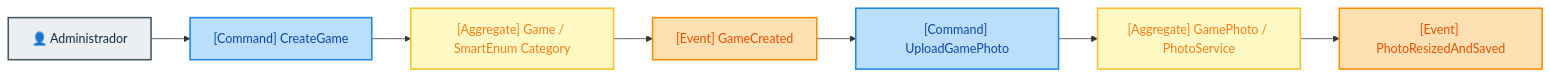
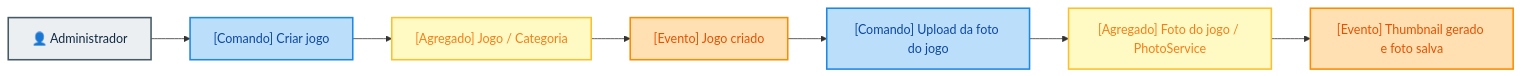
One commit to idgrego/fiap-cloud-games changed the second of 3 diagrams in fase-01/____docs/00-modelagem-ddd-event-storming.md. Above: the diagram before and after it, drawn with Mermaid. The commit also changed other lines of this file and 7 other files, not shown here.

````diff
--- a/fase-01/____docs/00-modelagem-ddd-event-storming.md
+++ b/fase-01/____docs/00-modelagem-ddd-event-storming.md
@@ -74,20 +74,20 @@
 ```mermaid
 flowchart LR
     %% Definição de Cores do Event Storming
     classDef actor fill:#eceff1,stroke:#455a64,color:#102a43,stroke-width:2px;
     classDef command fill:#bbdefb,stroke:#1e88e5,color:#0d47a1,stroke-width:2px;
     classDef aggregate fill:#fff9c4,stroke:#fbc02d,color:#f57f17,stroke-width:2px;
     classDef event fill:#ffe0b2,stroke:#fb8c00,color:#e65100,stroke-width:2px;
 
     %% Atores
     Admin[👤 Administrador]:::actor
 
     %% Fluxo de Cadastro e Mídia de Jogos
-    Admin --> C_CreateGame["[Command] CreateGame"]:::command
-    C_CreateGame --> A_Game["[Aggregate] Game / SmartEnum Category"]:::aggregate
-    A_Game --> E_GameCreated["[Event] GameCreated"]:::event
+    Admin --> C_CreateGame["[Comando] Criar jogo"]:::command
+    C_CreateGame --> A_Game["[Agregado] Jogo / Categoria"]:::aggregate
+    A_Game --> E_GameCreated["[Evento] Jogo criado"]:::event
 
-    E_GameCreated --> C_UploadPhoto["[Command] UploadGamePhoto"]:::command
-    C_UploadPhoto --> A_Photo["[Aggregate] GamePhoto / PhotoService"]:::aggregate
-    A_Photo --> E_PhotoProcessed["[Event] PhotoResizedAndSaved"]:::event
+    E_GameCreated --> C_UploadPhoto["[Comando] Upload da foto do jogo"]:::command
+    C_UploadPhoto --> A_Photo["[Agregado] Foto do jogo / PhotoService"]:::aggregate
+    A_Photo --> E_PhotoProcessed["[Evento] Thumbnail gerado e foto salva"]:::event
 ```
````
